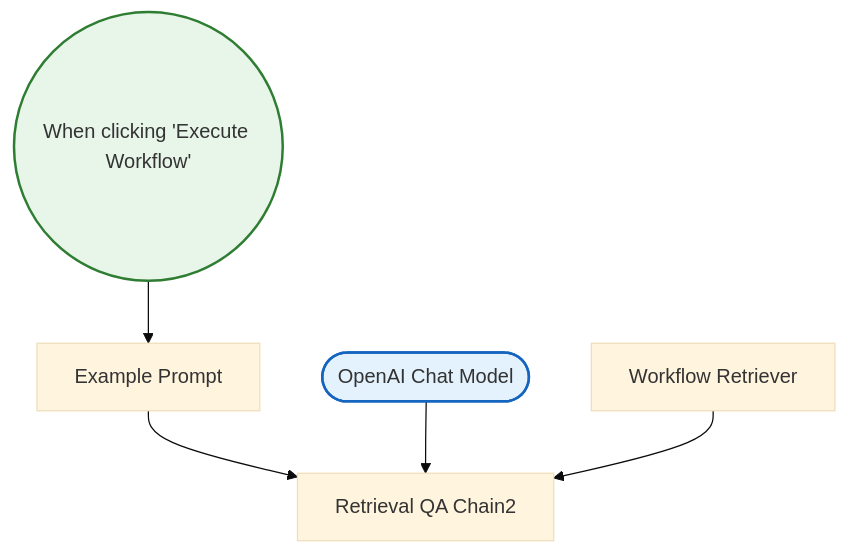
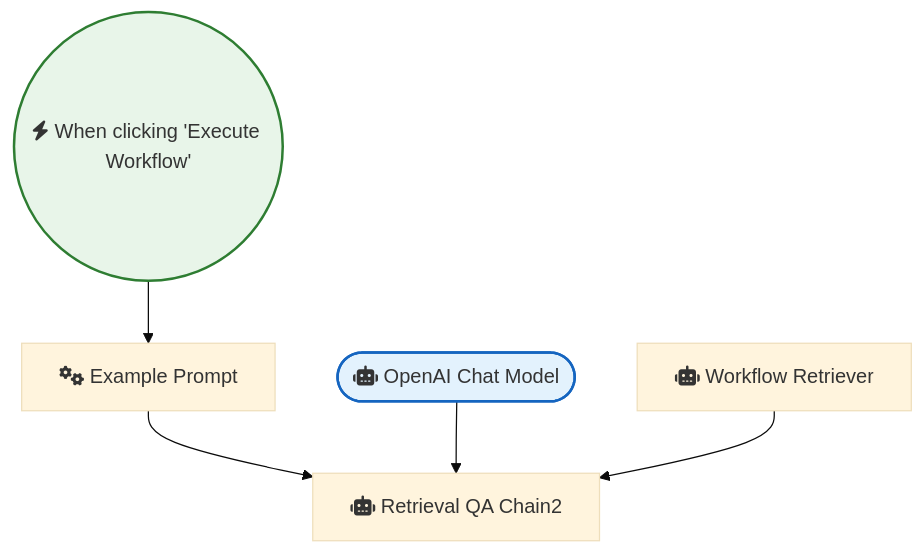
The diagram in OpenAI_and_LLMs/Langchain - Example - Workflow Retriever.md (sreyash3105/N8N-DEMO-AUTOMATIONS), drawn with Mermaid (base theme) before and after one commit. The commit also changed 291 other files, not shown here.

````diff
--- a/OpenAI_and_LLMs/Langchain - Example - Workflow Retriever.md
+++ b/OpenAI_and_LLMs/Langchain - Example - Workflow Retriever.md
@@ -1,17 +1,17 @@
 ```mermaid
 graph TD
     classDef trigger fill:#e8f5e9,stroke:#2e7d32,stroke-width:2px;
     classDef ai fill:#e3f2fd,stroke:#1565c0,stroke-width:2px;
     classDef logic fill:#fff3e0,stroke:#ef6c00,stroke-width:2px;
 
-    When_clicking__Execute_Workflow_(("When clicking 'Execute Workflow'")):::trigger
-    Workflow_Retriever["Workflow Retriever"]
-    Retrieval_QA_Chain2["Retrieval QA Chain2"]
-    OpenAI_Chat_Model(["OpenAI Chat Model"]):::ai
-    Example_Prompt["Example Prompt"]
+    When_clicking__Execute_Workflow_(("fas:fa-bolt When clicking 'Execute Workflow'")):::trigger
+    Workflow_Retriever["fas:fa-robot Workflow Retriever"]
+    Retrieval_QA_Chain2["fas:fa-robot Retrieval QA Chain2"]
+    OpenAI_Chat_Model(["fas:fa-robot OpenAI Chat Model"]):::ai
+    Example_Prompt["fas:fa-cogs Example Prompt"]
 
     Example_Prompt --> Retrieval_QA_Chain2
     OpenAI_Chat_Model --> Retrieval_QA_Chain2
     Workflow_Retriever --> Retrieval_QA_Chain2
     When_clicking__Execute_Workflow_ --> Example_Prompt
 ```
````
